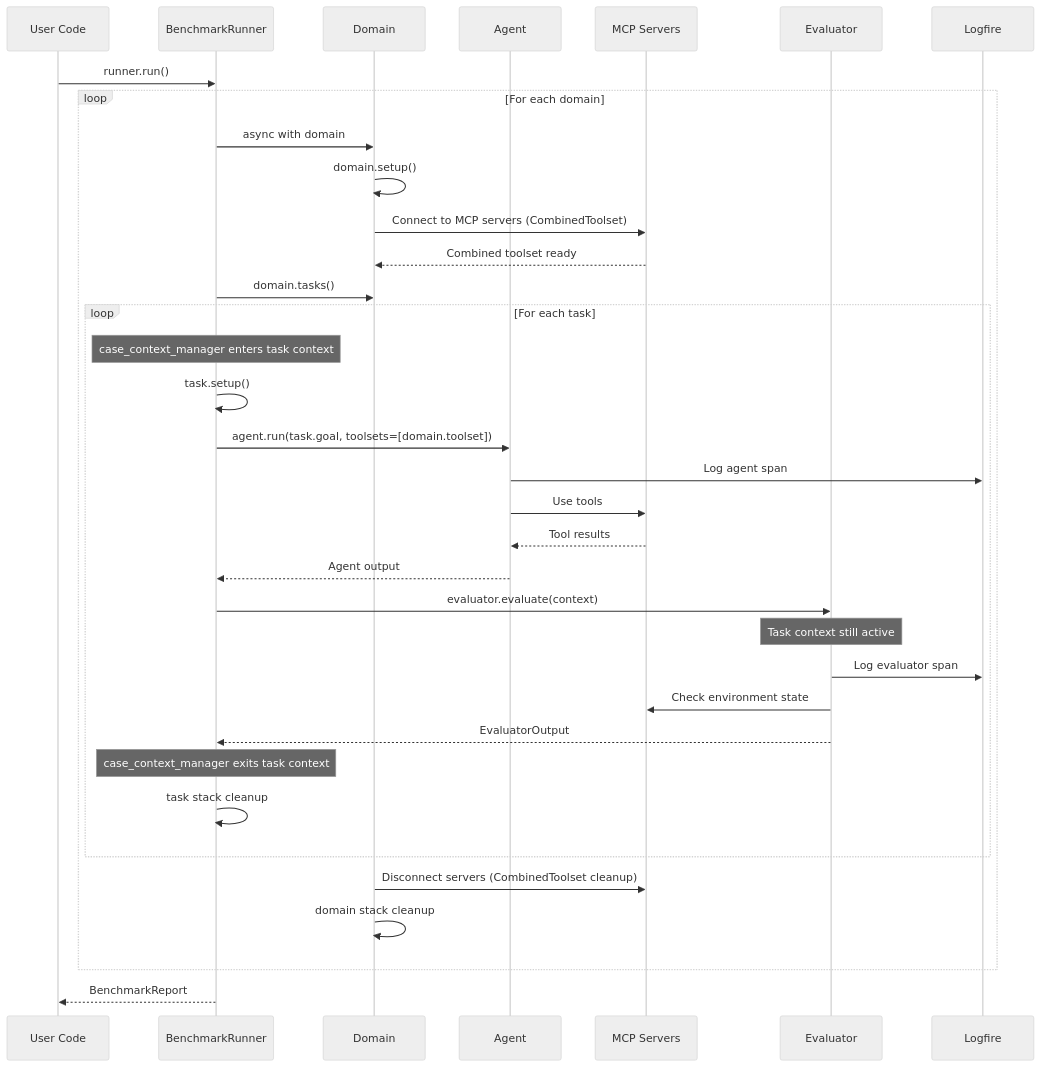
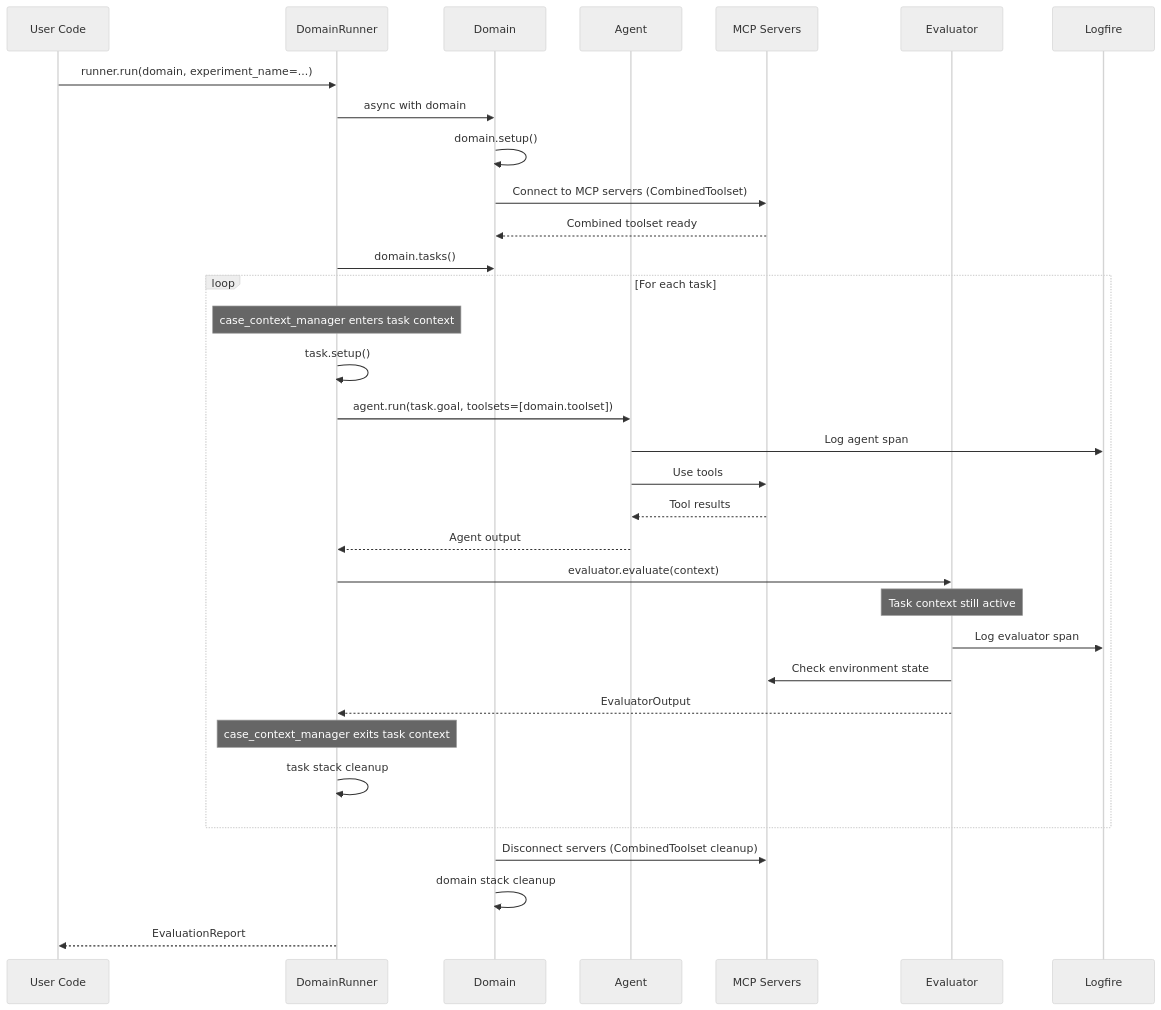
The second of 3 diagrams in README.md (deeppavlov/mcp-evals), drawn with Mermaid (neutral theme) before and after one commit. The commit also changed other lines of this file and 5 other files, not shown here.

Commit message:
remove `BenchmarkRunner`

````diff
--- a/README.md
+++ b/README.md
@@ -465,43 +460,41 @@
 ```mermaid
 sequenceDiagram
     participant U as User Code
-    participant R as BenchmarkRunner
+    participant R as DomainRunner
     participant D as Domain
     participant A as Agent
     participant MCP as MCP Servers
     participant E as Evaluator
     participant LF as Logfire
 
-    U->>R: runner.run()
+    U->>R: runner.run(domain, experiment_name=...)
     
-    loop For each domain
-        R->>D: async with domain
-        D->>D: domain.setup()
-        D->>MCP: Connect to MCP servers (CombinedToolset)
-        MCP-->>D: Combined toolset ready
-        R->>D: domain.tasks()
+    R->>D: async with domain
+    D->>D: domain.setup()
+    D->>MCP: Connect to MCP servers (CombinedToolset)
+    MCP-->>D: Combined toolset ready
+    R->>D: domain.tasks()
+    
+    loop For each task
+        Note over R: case_context_manager enters task context
+        R->>R: task.setup()
+        R->>A: agent.run(task.goal, toolsets=[domain.toolset])
+        A->>LF: Log agent span
+        A->>MCP: Use tools
+        MCP-->>A: Tool results
+        A-->>R: Agent output
         
-        loop For each task
-            Note over R: case_context_manager enters task context
-            R->>R: task.setup()
-            R->>A: agent.run(task.goal, toolsets=[domain.toolset])
-            A->>LF: Log agent span
-            A->>MCP: Use tools
-            MCP-->>A: Tool results
-            A-->>R: Agent output
-            
-            R->>E: evaluator.evaluate(context)
-            Note over E: Task context still active
-            E->>LF: Log evaluator span
-            E->>MCP: Check environment state
-            E-->>R: EvaluatorOutput
-            Note over R: case_context_manager exits task context
-            R->>R: task stack cleanup
-        end
+        R->>E: evaluator.evaluate(context)
+        Note over E: Task context still active
+        E->>LF: Log evaluator span
+        E->>MCP: Check environment state
+        E-->>R: EvaluatorOutput
+        Note over R: case_context_manager exits task context
+        R->>R: task stack cleanup
+    end
 
-        D->>MCP: Disconnect servers (CombinedToolset cleanup)
-        D->>D: domain stack cleanup
-    end
+    D->>MCP: Disconnect servers (CombinedToolset cleanup)
+    D->>D: domain stack cleanup
     
-    R-->>U: BenchmarkReport
+    R-->>U: EvaluationReport
 ```
````
